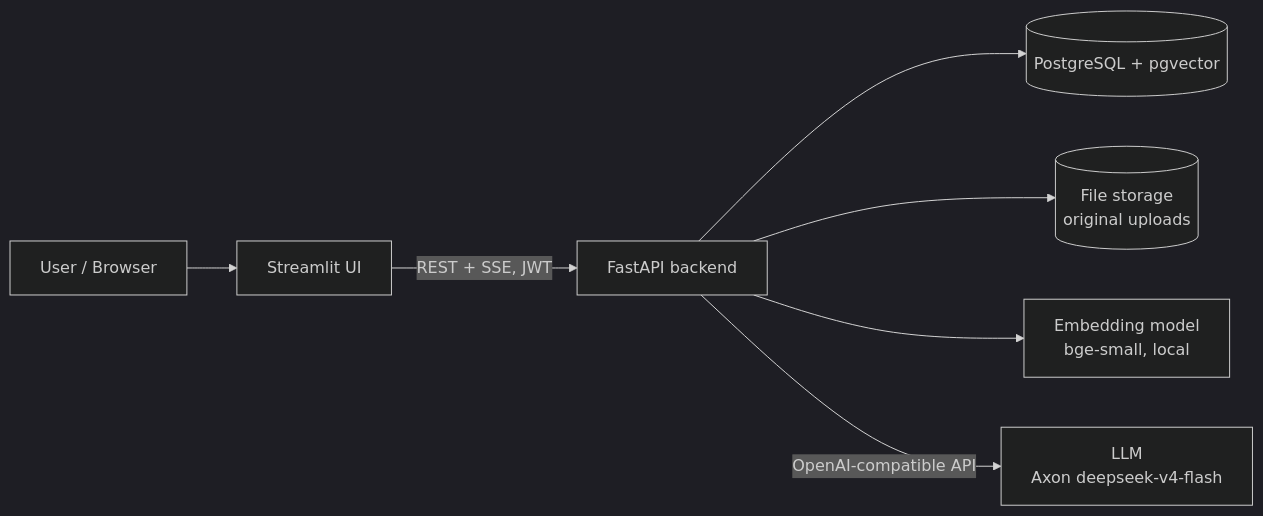
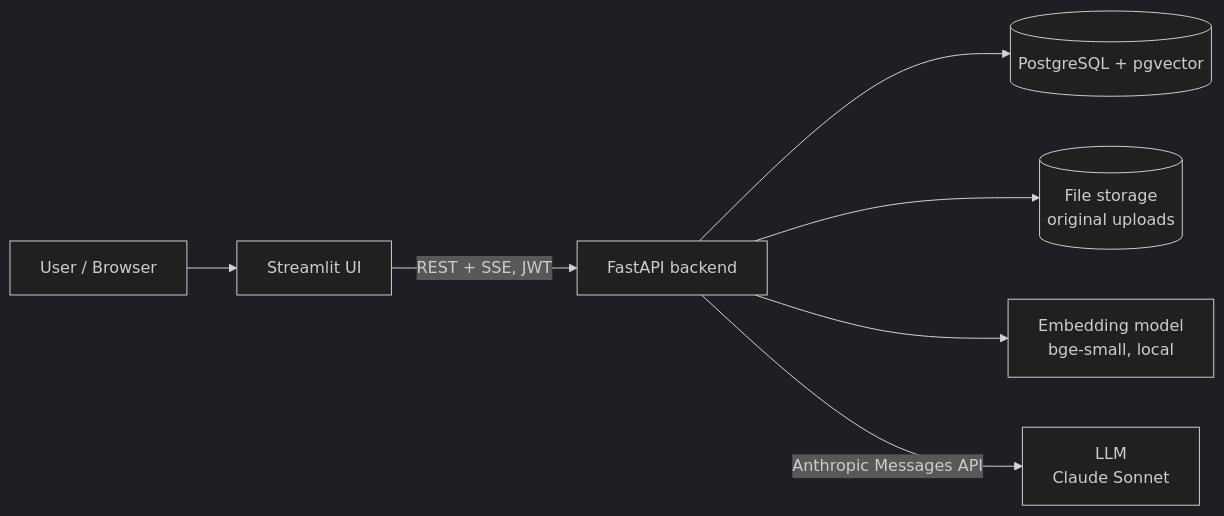
Before and after one commit to gpr-27/Assignment: the first of 7 diagrams in rag-assistant/docs/ARCHITECTURE.md, drawn with Mermaid (dark theme). The commit also changed other lines of this file and 14 other files, not shown here.

First line of the commit message:
Switch LLM integration from Agent Router to official Anthropic API.

````diff
--- a/rag-assistant/docs/ARCHITECTURE.md
+++ b/rag-assistant/docs/ARCHITECTURE.md
@@ -5,9 +5,9 @@
 ```mermaid
 flowchart LR
     U[User / Browser] --> UI[Streamlit UI]
     UI -->|REST + SSE, JWT| API[FastAPI backend]
     API --> PG[(PostgreSQL + pgvector)]
     API --> FS[(File storage<br/>original uploads)]
     API --> EMB[Embedding model<br/>bge-small, local]
-    API -->|OpenAI-compatible API| LLM[LLM<br/>Axon deepseek-v4-flash]
+    API -->|Anthropic Messages API| LLM[LLM<br/>Claude Sonnet]
 ```
````
